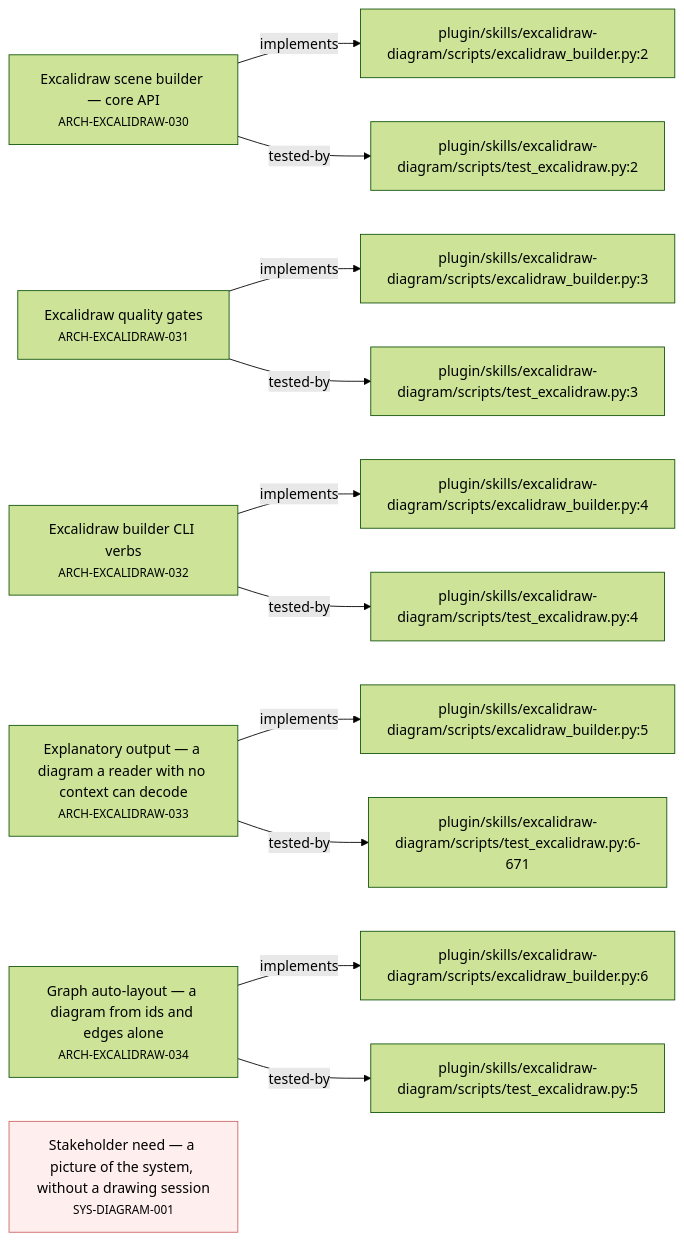
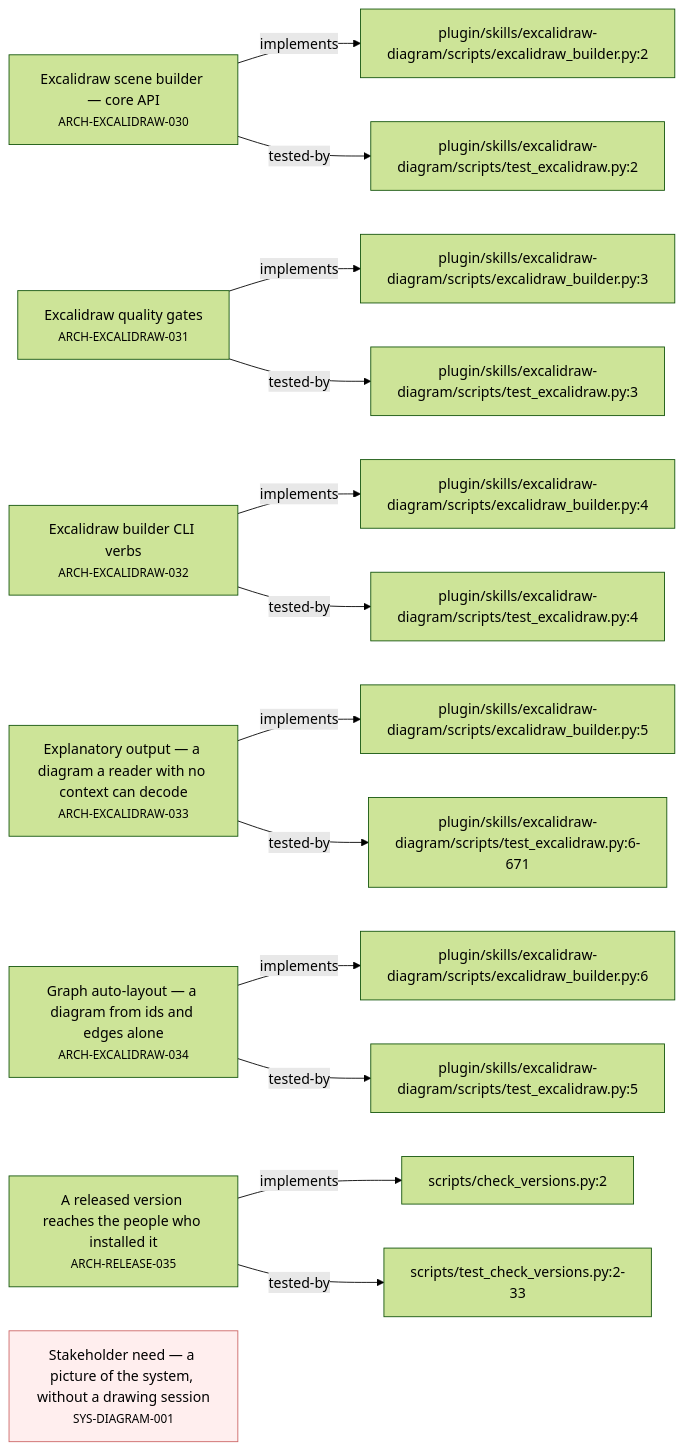
The third of 5 diagrams in plugin/requirements/_map.md (alxmax/excalidraw-diagram), drawn with Mermaid (forest theme) before and after one commit. The commit also changed other lines of this file and 10 other files, not shown here.

````diff
--- a/plugin/requirements/_map.md
+++ b/plugin/requirements/_map.md
@@ -68,30 +72,35 @@
 ```mermaid
 graph LR
   ARCH_EXCALIDRAW_030["Excalidraw scene builder — core API<br><small>ARCH-EXCALIDRAW-030</small>"]
   f_plugin_skills_excalidraw_diagram_scripts_excalidraw_builder_py_2["plugin/skills/excalidraw-diagram/scripts/excalidraw_builder.py:2"]
   ARCH_EXCALIDRAW_030 -->|implements| f_plugin_skills_excalidraw_diagram_scripts_excalidraw_builder_py_2
   f_plugin_skills_excalidraw_diagram_scripts_test_excalidraw_py_2["plugin/skills/excalidraw-diagram/scripts/test_excalidraw.py:2"]
   ARCH_EXCALIDRAW_030 -->|tested-by| f_plugin_skills_excalidraw_diagram_scripts_test_excalidraw_py_2
   ARCH_EXCALIDRAW_031["Excalidraw quality gates<br><small>ARCH-EXCALIDRAW-031</small>"]
   f_plugin_skills_excalidraw_diagram_scripts_excalidraw_builder_py_3["plugin/skills/excalidraw-diagram/scripts/excalidraw_builder.py:3"]
   ARCH_EXCALIDRAW_031 -->|implements| f_plugin_skills_excalidraw_diagram_scripts_excalidraw_builder_py_3
   f_plugin_skills_excalidraw_diagram_scripts_test_excalidraw_py_3["plugin/skills/excalidraw-diagram/scripts/test_excalidraw.py:3"]
   ARCH_EXCALIDRAW_031 -->|tested-by| f_plugin_skills_excalidraw_diagram_scripts_test_excalidraw_py_3
   ARCH_EXCALIDRAW_032["Excalidraw builder CLI verbs<br><small>ARCH-EXCALIDRAW-032</small>"]
   f_plugin_skills_excalidraw_diagram_scripts_excalidraw_builder_py_4["plugin/skills/excalidraw-diagram/scripts/excalidraw_builder.py:4"]
   ARCH_EXCALIDRAW_032 -->|implements| f_plugin_skills_excalidraw_diagram_scripts_excalidraw_builder_py_4
   f_plugin_skills_excalidraw_diagram_scripts_test_excalidraw_py_4["plugin/skills/excalidraw-diagram/scripts/test_excalidraw.py:4"]
   ARCH_EXCALIDRAW_032 -->|tested-by| f_plugin_skills_excalidraw_diagram_scripts_test_excalidraw_py_4
   ARCH_EXCALIDRAW_033["Explanatory output — a diagram a reader with no context can decode<br><small>ARCH-EXCALIDRAW-033</small>"]
   f_plugin_skills_excalidraw_diagram_scripts_excalidraw_builder_py_5["plugin/skills/excalidraw-diagram/scripts/excalidraw_builder.py:5"]
   ARCH_EXCALIDRAW_033 -->|implements| f_plugin_skills_excalidraw_diagram_scripts_excalidraw_builder_py_5
   f_plugin_skills_excalidraw_diagram_scripts_test_excalidraw_py_6_671["plugin/skills/excalidraw-diagram/scripts/test_excalidraw.py:6-671"]
   ARCH_EXCALIDRAW_033 -->|tested-by| f_plugin_skills_excalidraw_diagram_scripts_test_excalidraw_py_6_671
   ARCH_EXCALIDRAW_034["Graph auto-layout — a diagram from ids and edges alone<br><small>ARCH-EXCALIDRAW-034</small>"]
   f_plugin_skills_excalidraw_diagram_scripts_excalidraw_builder_py_6["plugin/skills/excalidraw-diagram/scripts/excalidraw_builder.py:6"]
   ARCH_EXCALIDRAW_034 -->|implements| f_plugin_skills_excalidraw_diagram_scripts_excalidraw_builder_py_6
   f_plugin_skills_excalidraw_diagram_scripts_test_excalidraw_py_5["plugin/skills/excalidraw-diagram/scripts/test_excalidraw.py:5"]
   ARCH_EXCALIDRAW_034 -->|tested-by| f_plugin_skills_excalidraw_diagram_scripts_test_excalidraw_py_5
+  ARCH_RELEASE_035["A released version reaches the people who installed it<br><small>ARCH-RELEASE-035</small>"]
+  f_scripts_check_versions_py_2["scripts/check_versions.py:2"]
+  ARCH_RELEASE_035 -->|implements| f_scripts_check_versions_py_2
+  f_scripts_test_check_versions_py_2_33["scripts/test_check_versions.py:2-33"]
+  ARCH_RELEASE_035 -->|tested-by| f_scripts_test_check_versions_py_2_33
   SYS_DIAGRAM_001["Stakeholder need — a picture of the system, without a drawing session<br><small>SYS-DIAGRAM-001</small>"]
   style SYS_DIAGRAM_001 fill:#fee,stroke:#c66
 ```
````
